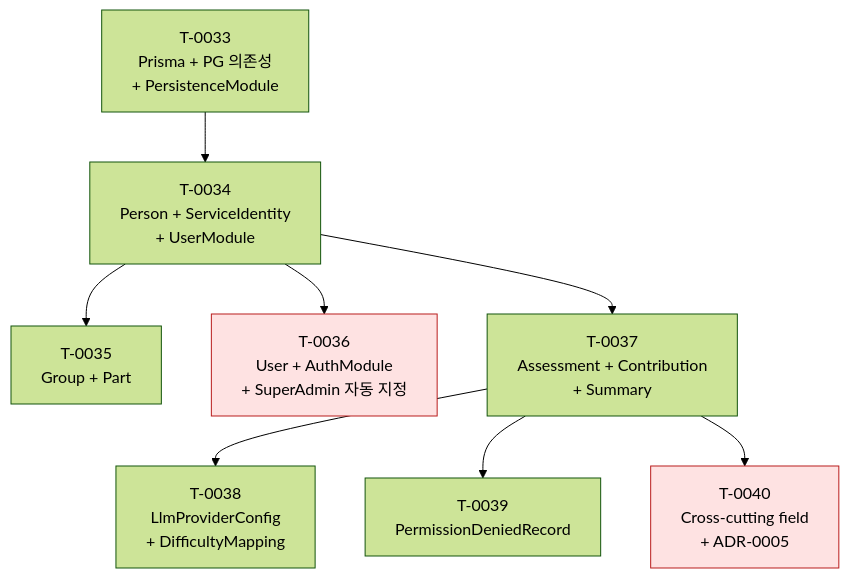
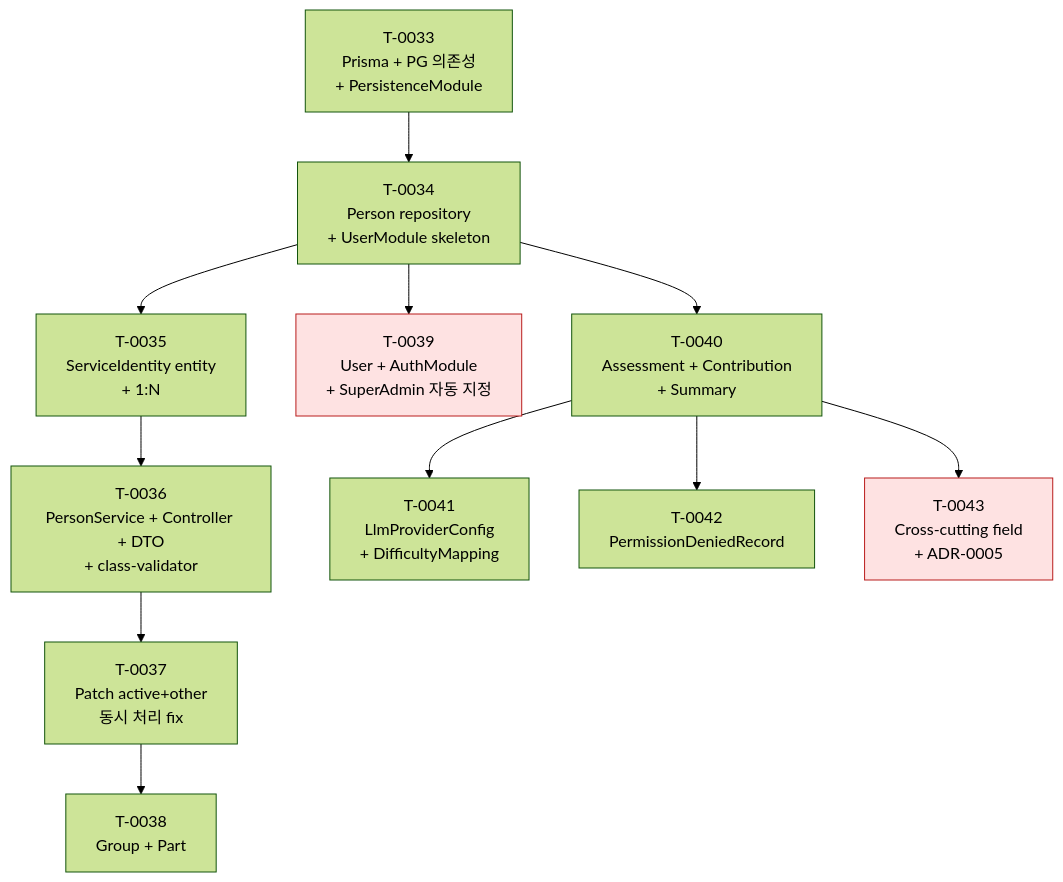
Before and after one commit to myungjoo/Assessment-Agent: the diagram in docs/architecture/p3-implementation-plan.md, drawn with Mermaid (forest theme). The commit also changed other lines of this file and 3 other files, not shown here.

````diff
--- a/docs/architecture/p3-implementation-plan.md
+++ b/docs/architecture/p3-implementation-plan.md
@@ -44,25 +47,31 @@
 ```mermaid
 graph TD
     T0033["T-0033<br/>Prisma + PG 의존성<br/>+ PersistenceModule"]
-    T0034["T-0034<br/>Person + ServiceIdentity<br/>+ UserModule"]
-    T0035["T-0035<br/>Group + Part"]
-    T0036["T-0036<br/>User + AuthModule<br/>+ SuperAdmin 자동 지정"]
-    T0037["T-0037<br/>Assessment + Contribution<br/>+ Summary"]
-    T0038["T-0038<br/>LlmProviderConfig<br/>+ DifficultyMapping"]
-    T0039["T-0039<br/>PermissionDeniedRecord"]
-    T0040["T-0040<br/>Cross-cutting field<br/>+ ADR-0005"]
+    T0034["T-0034<br/>Person repository<br/>+ UserModule skeleton"]
+    T0035["T-0035<br/>ServiceIdentity entity<br/>+ 1:N"]
+    T0036["T-0036<br/>PersonService + Controller + DTO<br/>+ class-validator"]
+    T0037["T-0037<br/>Patch active+other<br/>동시 처리 fix"]
+    T0038["T-0038<br/>Group + Part"]
+    T0039["T-0039<br/>User + AuthModule<br/>+ SuperAdmin 자동 지정"]
+    T0040["T-0040<br/>Assessment + Contribution<br/>+ Summary"]
+    T0041["T-0041<br/>LlmProviderConfig<br/>+ DifficultyMapping"]
+    T0042["T-0042<br/>PermissionDeniedRecord"]
+    T0043["T-0043<br/>Cross-cutting field<br/>+ ADR-0005"]
 
     T0033 --> T0034
     T0034 --> T0035
-    T0034 --> T0036
-    T0034 --> T0037
+    T0035 --> T0036
+    T0036 --> T0037
     T0037 --> T0038
-    T0037 --> T0039
-    T0037 --> T0040
+    T0034 --> T0039
+    T0034 --> T0040
+    T0040 --> T0041
+    T0040 --> T0042
+    T0040 --> T0043
 
     classDef root fill:#fef3c7,stroke:#a16207
     classDef gate fill:#fee2e2,stroke:#b91c1c
     class T0033 root,gate
-    class T0036 gate
-    class T0040 gate
+    class T0039 gate
+    class T0043 gate
 ```
````
